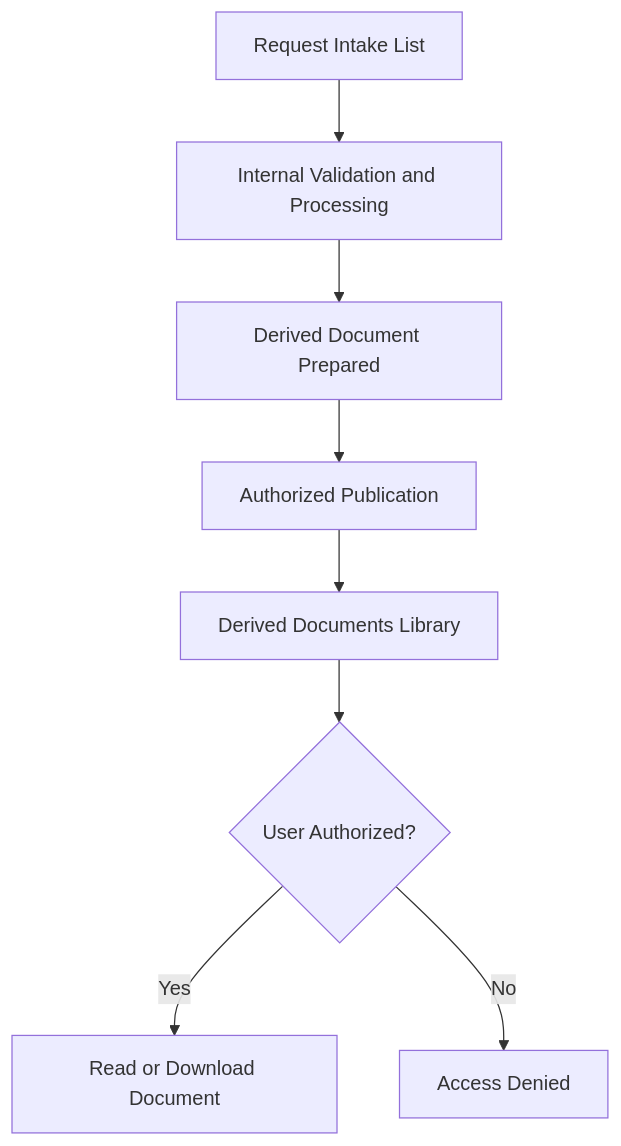
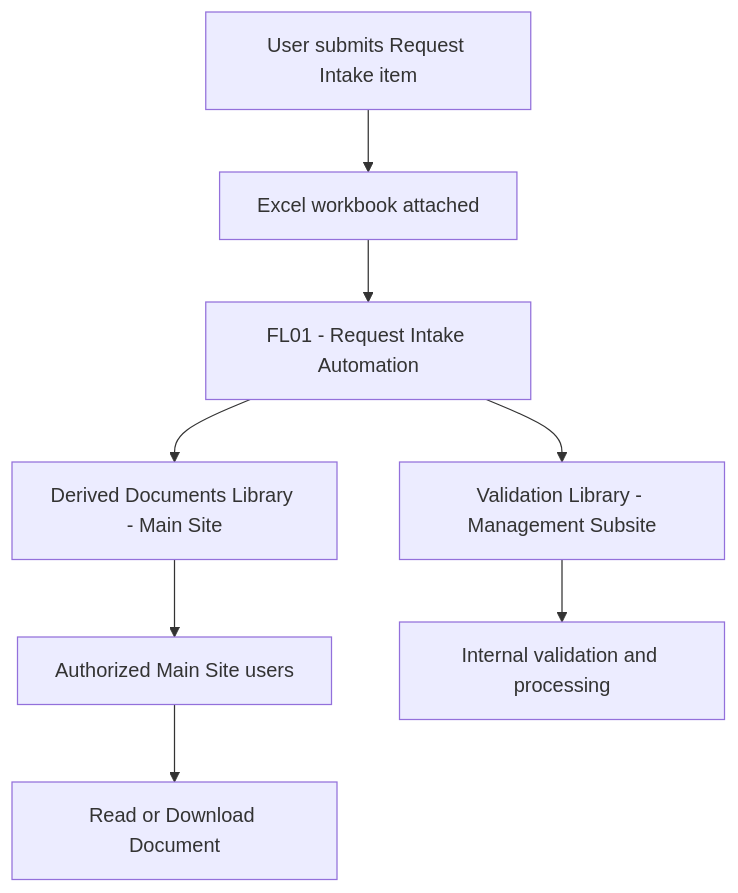
The diagram in Power-Automate/SharePoint-Excel-Automation/Sharepoint/libraries/derived-documents.md (smartinmunoz/power-platform-portfolio), drawn with Mermaid before and after one commit. The commit also changed other lines of this file, not shown here.

````diff
--- a/Power-Automate/SharePoint-Excel-Automation/Sharepoint/libraries/derived-documents.md
+++ b/Power-Automate/SharePoint-Excel-Automation/Sharepoint/libraries/derived-documents.md
@@ -112,19 +113,19 @@
 ```mermaid
 flowchart TD
-    A[Request Intake List]
-    B[Internal Validation and Processing]
-    C[Derived Document Prepared]
-    D[Authorized Publication]
-    E[Derived Documents Library]
-    F{User Authorized?}
-    G[Read or Download Document]
-    H[Access Denied]
+    A[User submits Request Intake item]
+    B[Excel workbook attached]
+    C[FL01 - Request Intake Automation]
+    D[Derived Documents Library - Main Site]
+    E[Validation Library - Management Subsite]
+    F[Authorized Main Site users]
+    G[Internal validation and processing]
+    H[Read or Download Document]
 
     A --> B
     B --> C
     C --> D
-    D --> E
-    E --> F
-    F -->|Yes| G
-    F -->|No| H
+    C --> E
+    D --> F
+    F --> H
+    E --> G
 ```
````
